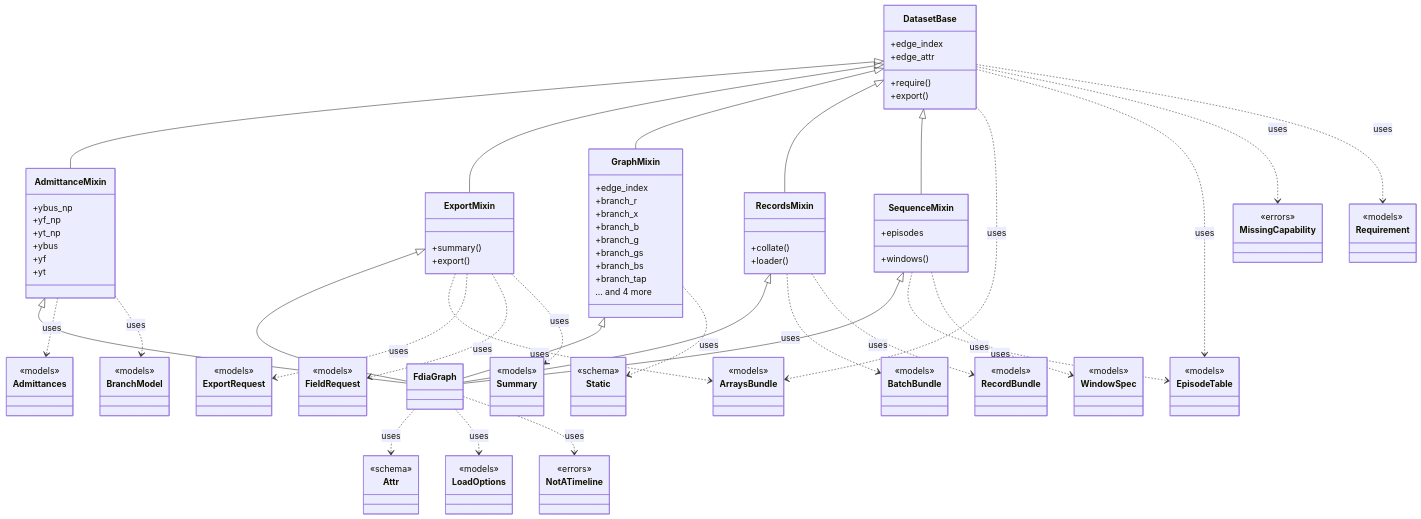
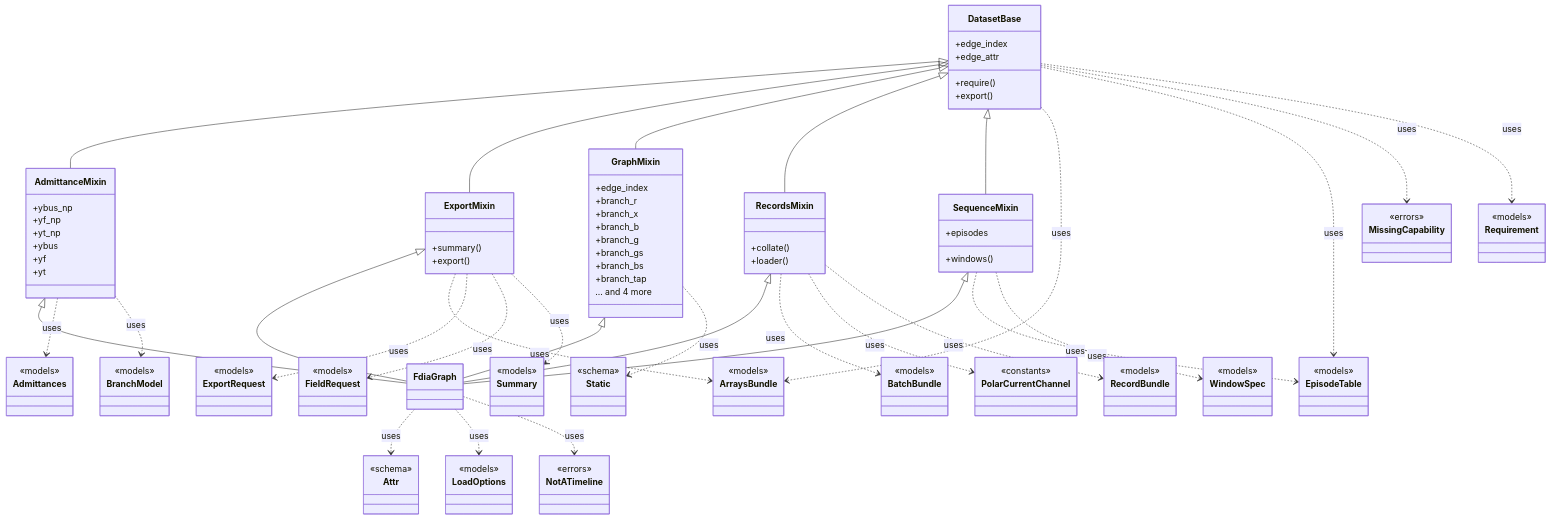
One commit to myersben9/fdia-graph changed the diagram in docs/figures/diagrams/classes_dataset.mmd. Above: the diagram before and after it, drawn with Mermaid. The commit also changed 131 other files, not shown here.

First line of the commit message:
Constants have one home: the constants package, channel enums, and a gate (#251)

```diff
--- a/docs/figures/diagrams/classes_dataset.mmd
+++ b/docs/figures/diagrams/classes_dataset.mmd
@@ -1,116 +1,120 @@
 classDiagram
     class DatasetBase {
         +require()
         +edge_index
         +edge_attr
         +export()
     }
     class GraphMixin {
         +edge_index
         +branch_r
         +branch_x
         +branch_b
         +branch_g
         +branch_gs
         +branch_bs
         +branch_tap
         ... and 4 more
     }
     class AdmittanceMixin {
         +ybus_np
         +yf_np
         +yt_np
         +ybus
         +yf
         +yt
     }
     class RecordsMixin {
         +collate()
         +loader()
     }
     class ExportMixin {
         +summary()
         +export()
     }
     class SequenceMixin {
         +windows()
         +episodes
     }
     class FdiaGraph {
     }
     class Admittances {
         <<models>>
     }
     class ArraysBundle {
         <<models>>
     }
     class Attr {
         <<schema>>
     }
     class BatchBundle {
         <<models>>
     }
     class BranchModel {
         <<models>>
     }
     class EpisodeTable {
         <<models>>
     }
     class ExportRequest {
         <<models>>
     }
     class FieldRequest {
         <<models>>
     }
     class LoadOptions {
         <<models>>
     }
     class MissingCapability {
         <<errors>>
     }
     class NotATimeline {
         <<errors>>
     }
+    class PolarCurrentChannel {
+        <<constants>>
+    }
     class RecordBundle {
         <<models>>
     }
     class Requirement {
         <<models>>
     }
     class Static {
         <<schema>>
     }
     class Summary {
         <<models>>
     }
     class WindowSpec {
         <<models>>
     }
     AdmittanceMixin <|-- FdiaGraph
     DatasetBase <|-- AdmittanceMixin
     DatasetBase <|-- ExportMixin
     DatasetBase <|-- GraphMixin
     DatasetBase <|-- RecordsMixin
     DatasetBase <|-- SequenceMixin
     ExportMixin <|-- FdiaGraph
     GraphMixin <|-- FdiaGraph
     RecordsMixin <|-- FdiaGraph
     SequenceMixin <|-- FdiaGraph
     AdmittanceMixin ..> Admittances : uses
     AdmittanceMixin ..> BranchModel : uses
     DatasetBase ..> ArraysBundle : uses
     DatasetBase ..> EpisodeTable : uses
     DatasetBase ..> MissingCapability : uses
     DatasetBase ..> Requirement : uses
     ExportMixin ..> ArraysBundle : uses
     ExportMixin ..> ExportRequest : uses
     ExportMixin ..> FieldRequest : uses
     ExportMixin ..> Summary : uses
     FdiaGraph ..> Attr : uses
     FdiaGraph ..> LoadOptions : uses
     FdiaGraph ..> NotATimeline : uses
     GraphMixin ..> Static : uses
     RecordsMixin ..> BatchBundle : uses
+    RecordsMixin ..> PolarCurrentChannel : uses
     RecordsMixin ..> RecordBundle : uses
     SequenceMixin ..> EpisodeTable : uses
     SequenceMixin ..> WindowSpec : uses
```
